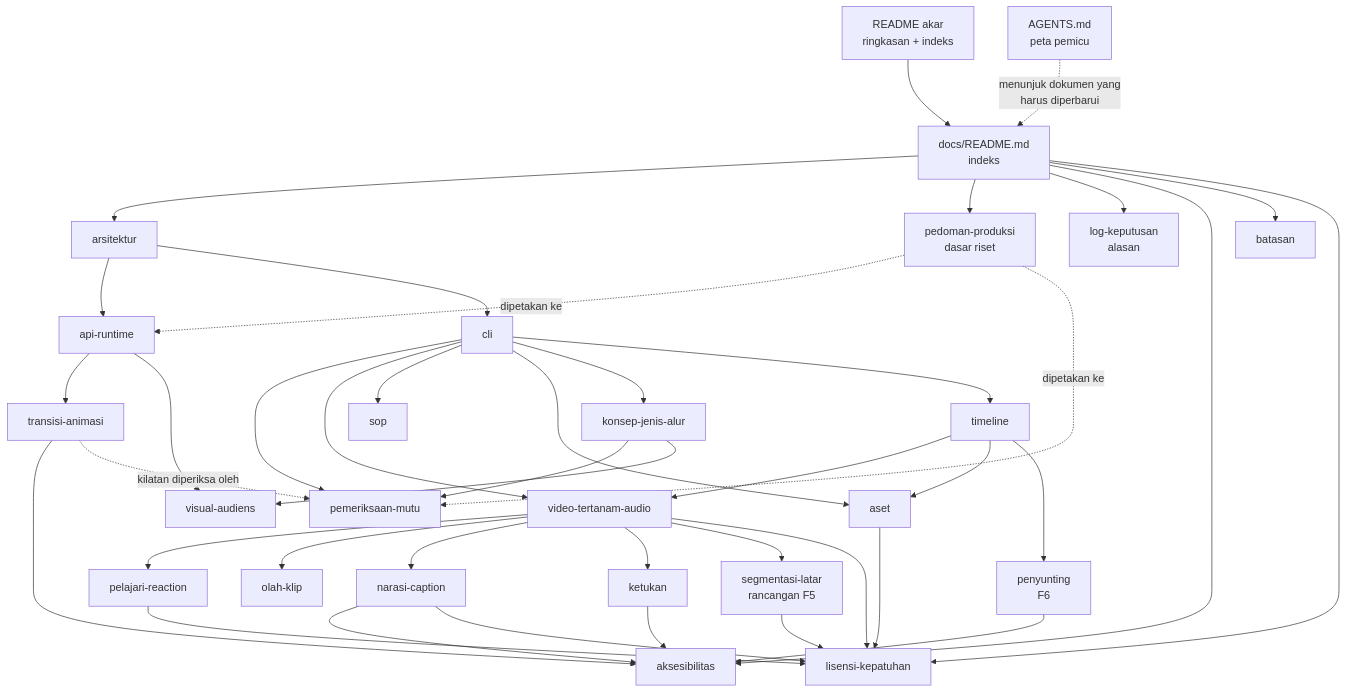
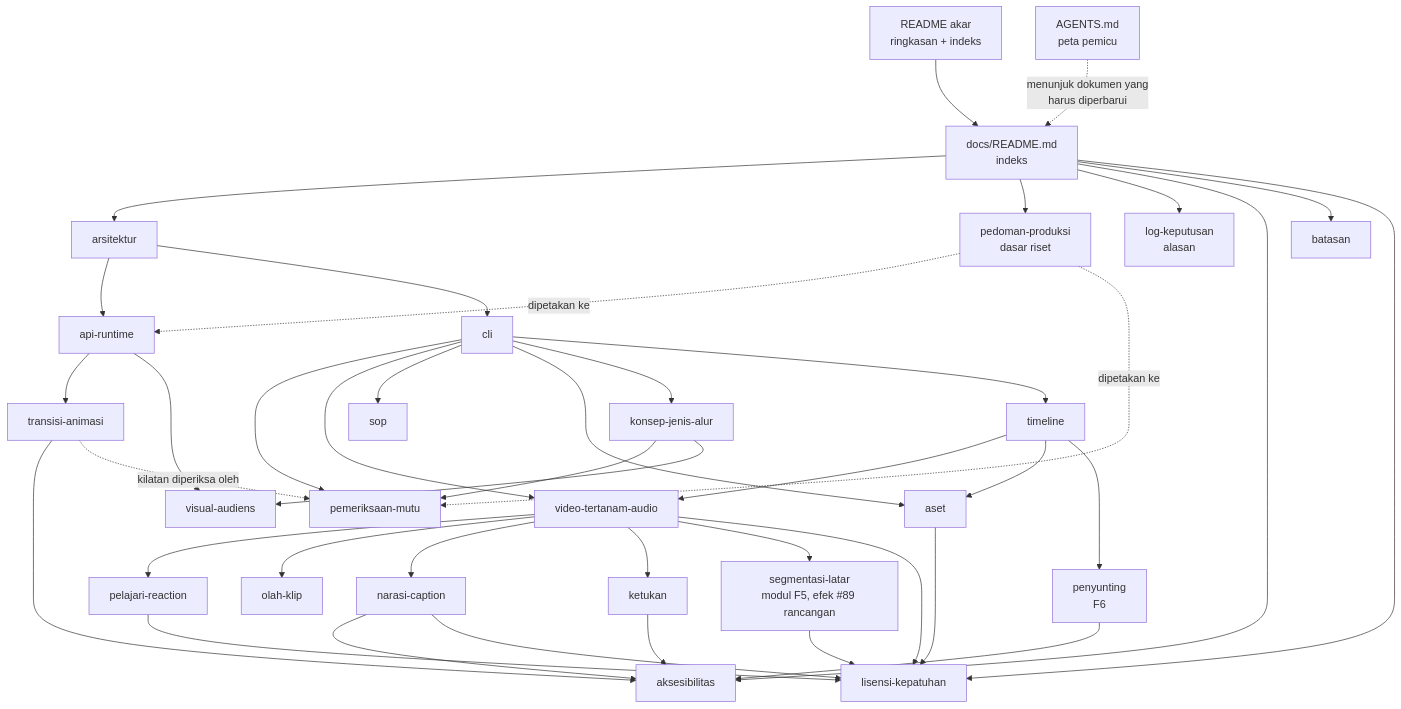
One commit to ahliweb/awvd changed the diagram in docs/README.md. Above: the diagram before and after it, drawn with Mermaid. The commit also changed other lines of this file and 5 other files, not shown here.

Commit message:
docs: indeks, roadmap, log keputusan, CHANGELOG, dan skrip uji untuk modul segmentasi (#88)

````diff
--- a/docs/README.md
+++ b/docs/README.md
@@ -47,43 +47,43 @@
 ```mermaid
 flowchart TD
     R[README akar<br/>ringkasan + indeks] --> I[docs/README.md<br/>indeks]
     I --> A[arsitektur]
     A --> API[api-runtime]
     API --> TRA[transisi-animasi]
     A --> CLI[cli]
     CLI --> QC[pemeriksaan-mutu]
     CLI --> KLP[video-tertanam-audio]
     KLP --> PLJ[pelajari-reaction]
     KLP --> OLH[olah-klip]
     KLP --> NAR[narasi-caption]
     NAR --> AKS
     KLP --> KET[ketukan]
     KET --> AKS
     NAR --> LIS
     PLJ --> LIS
     CLI --> SOP[sop]
     CLI --> ASET[aset]
     ASET --> LIS
     CLI --> KON[konsep-jenis-alur]
     KON --> QC
     CLI --> TML[timeline]
     TML --> KLP
     TML --> ASET
-    KLP --> SEG[segmentasi-latar<br/>rancangan F5]
+    KLP --> SEG[segmentasi-latar<br/>modul F5, efek #89 rancangan]
     SEG --> LIS
     TML --> PNY[penyunting<br/>F6]
     PNY --> AKS
     KON --> VIS[visual-audiens]
     API --> VIS
     I --> PP[pedoman-produksi<br/>dasar riset]
     I --> LK[log-keputusan<br/>alasan]
     I --> AKS[aksesibilitas]
     TRA --> AKS
     I --> BAT[batasan]
     I --> LIS[lisensi-kepatuhan]
     KLP --> LIS
     PP -.->|dipetakan ke| API
     PP -.->|dipetakan ke| QC
     TRA -.->|kilatan diperiksa oleh| QC
     AG[AGENTS.md<br/>peta pemicu] -.->|menunjuk dokumen yang<br/>harus diperbarui| I
 ```
````
